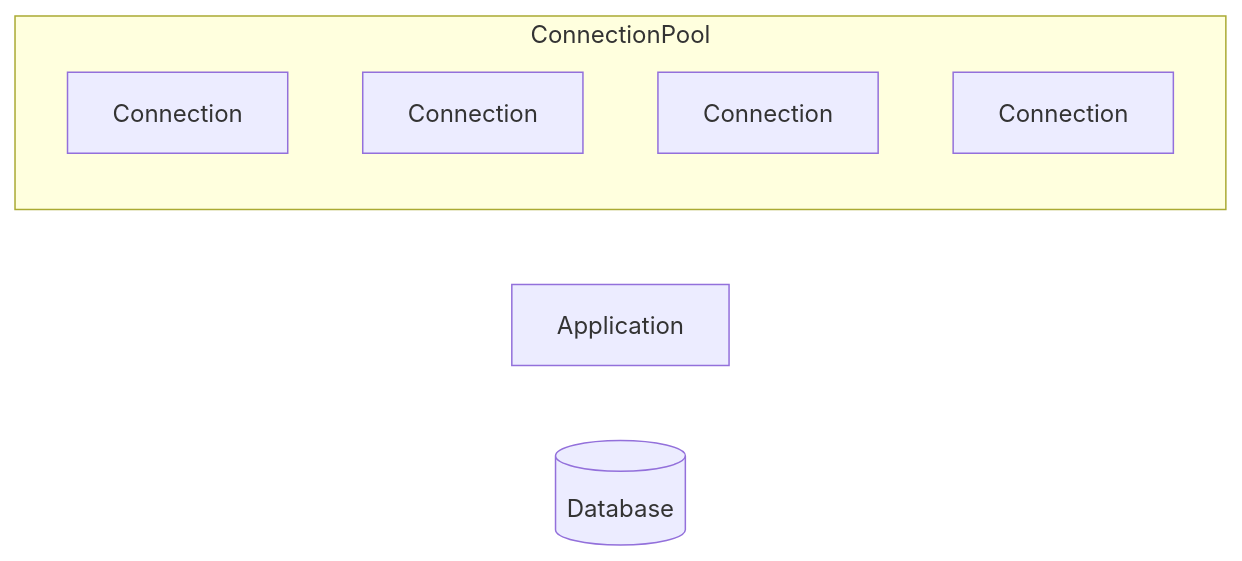
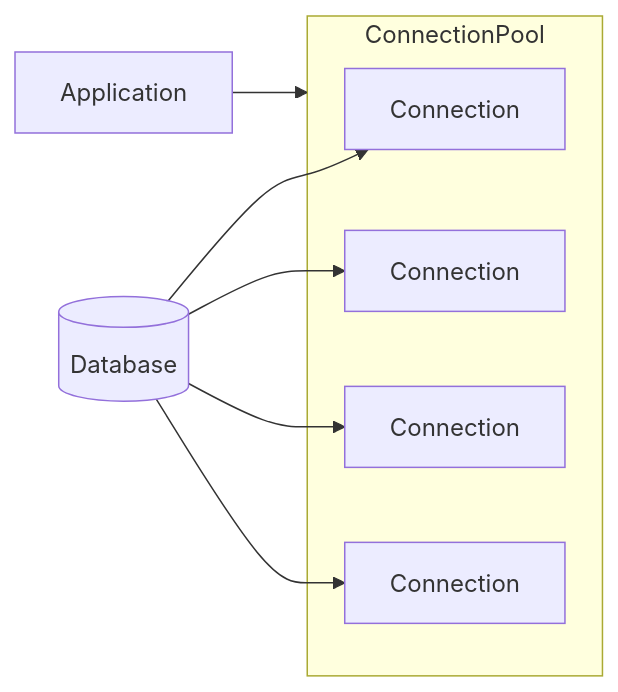
One commit to benggri/study changed the diagram in application/db/connection_pool.md. Above: the diagram before and after it, drawn with Mermaid.

````diff
--- a/application/db/connection_pool.md
+++ b/application/db/connection_pool.md
@@ -3,12 +3,16 @@
 ```mermaid
 flowchart LR
   APP[Application]
   subgraph ConnectionPool
     C1[Connection]
     C2[Connection]
     C3[Connection]
     C4[Connection]
   end
   DB[(Database)]
-
+  APP --> ConnectionPool
+  DB --> C1
+  DB --> C2
+  DB --> C3
+  DB --> C4
 ```
````
